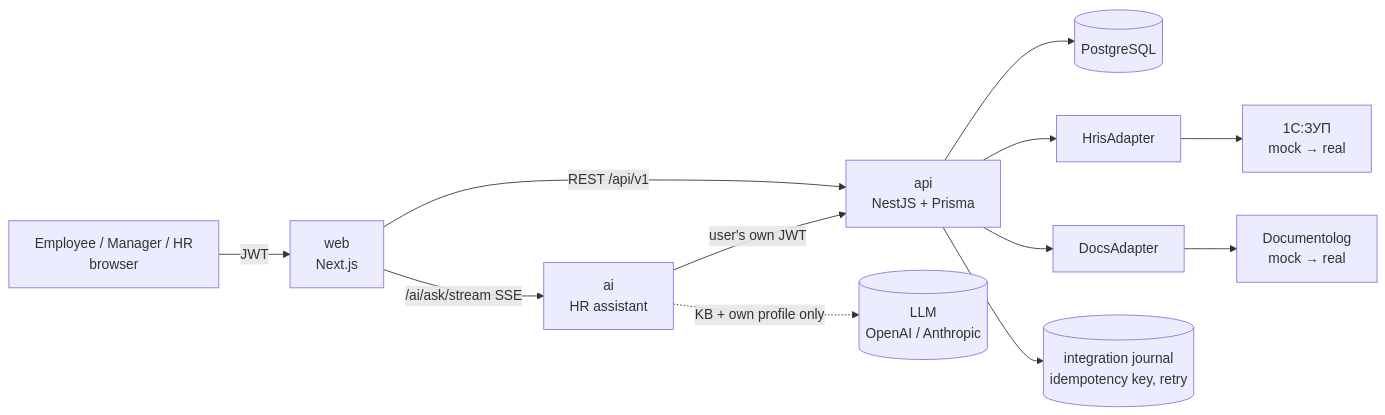
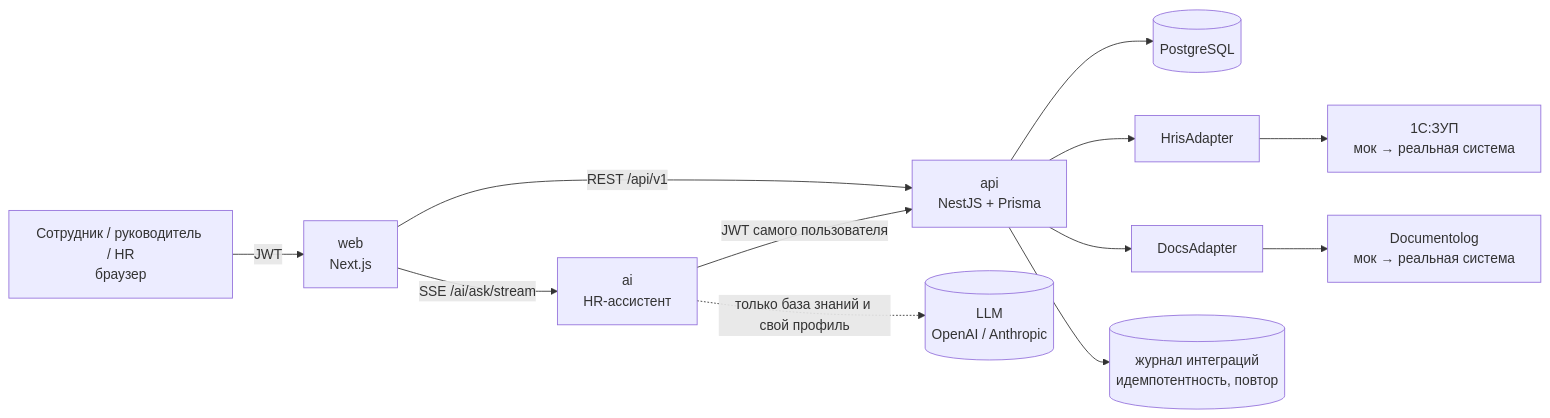
Before and after one commit to dulatulyn/Jana-men: the diagram in README.md, drawn with Mermaid. The commit also changed other lines of this file, not shown here.

````diff
--- a/README.md
+++ b/README.md
@@ -61,12 +59,12 @@
 ```mermaid
 flowchart LR
-  U[Employee / Manager / HR<br/>browser] -->|JWT| W[web<br/>Next.js]
-  W -->|/ai/ask/stream SSE| A[ai<br/>HR assistant]
+  U[Сотрудник / руководитель / HR<br/>браузер] -->|JWT| W[web<br/>Next.js]
+  W -->|SSE /ai/ask/stream| A[ai<br/>HR-ассистент]
   W -->|REST /api/v1| B[api<br/>NestJS + Prisma]
-  A -->|user's own JWT| B
-  A -.->|KB + own profile only| L[(LLM<br/>OpenAI / Anthropic)]
+  A -->|JWT самого пользователя| B
+  A -.->|только база знаний и свой профиль| L[(LLM<br/>OpenAI / Anthropic)]
   B --> D[(PostgreSQL)]
-  B --> H[HrisAdapter] --> Z[1С:ЗУП<br/>mock → real]
-  B --> G[DocsAdapter] --> X[Documentolog<br/>mock → real]
-  B --> J[(integration journal<br/>idempotency key, retry)]
+  B --> H[HrisAdapter] --> Z[1С:ЗУП<br/>мок → реальная система]
+  B --> G[DocsAdapter] --> X[Documentolog<br/>мок → реальная система]
+  B --> J[(журнал интеграций<br/>идемпотентность, повтор)]
 ```
````
